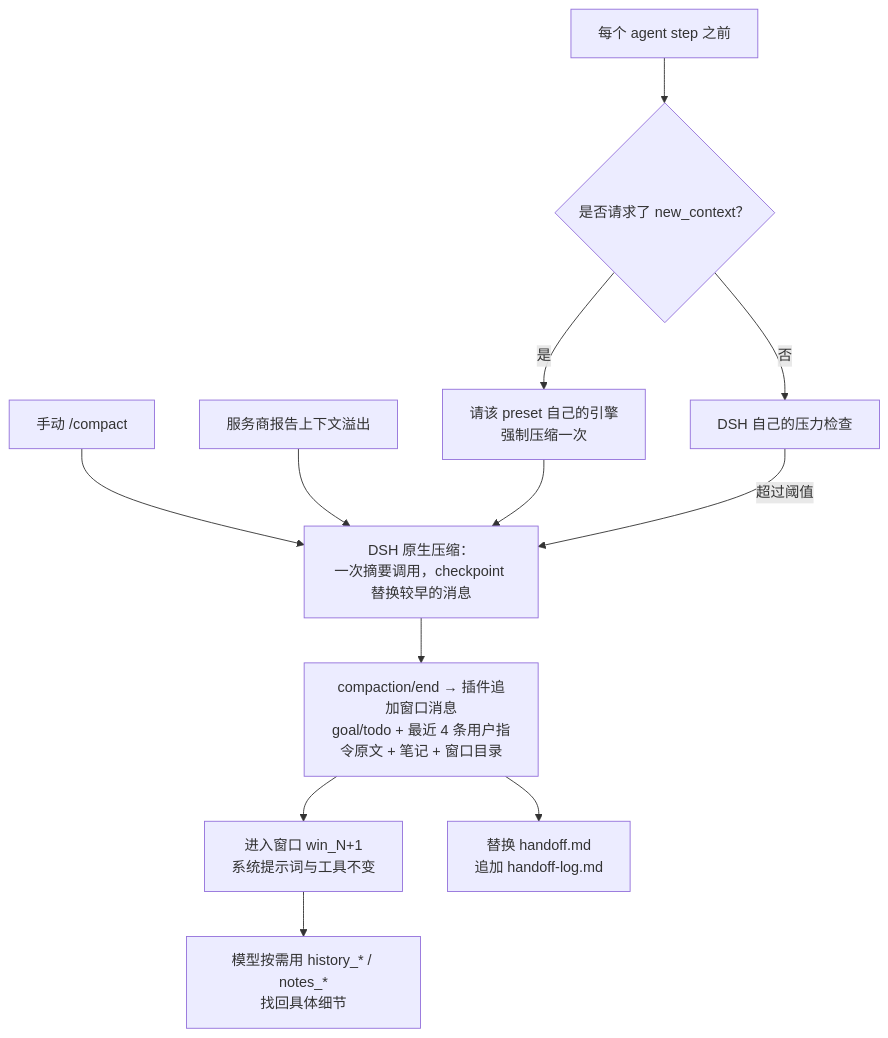
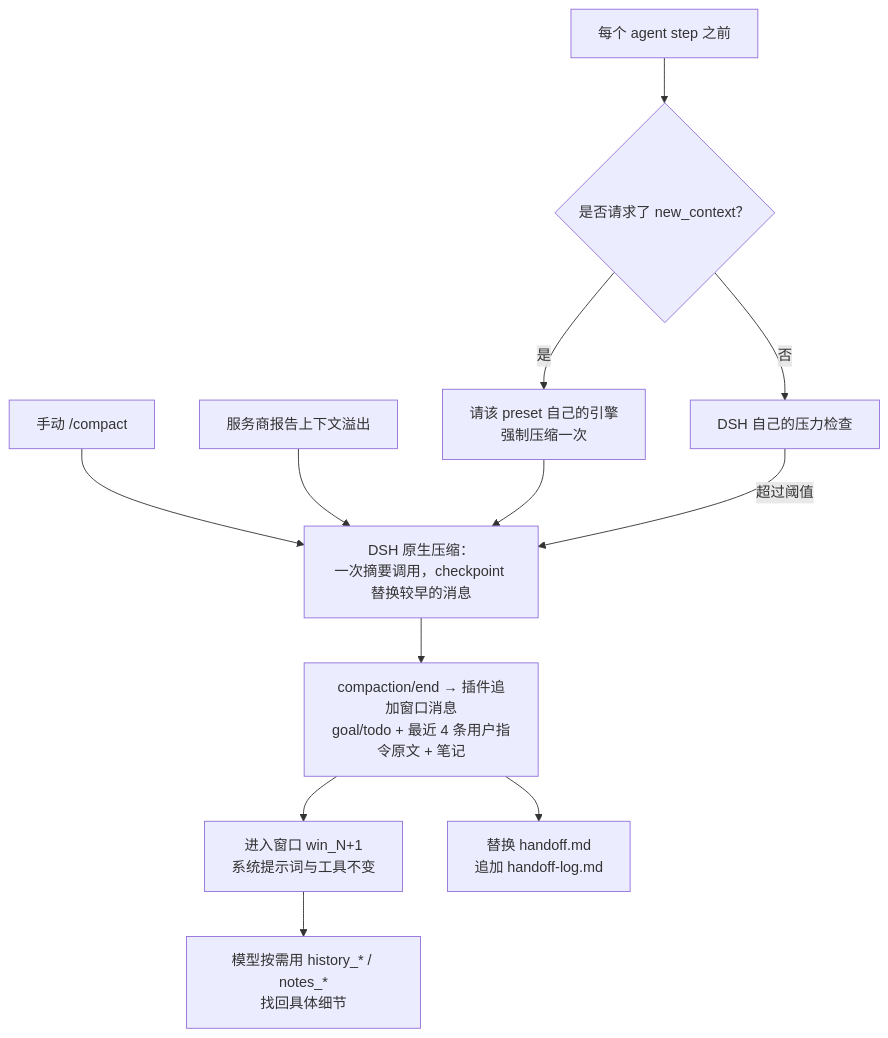
The diagram in README.zh-CN.md (overact/dsh-multi-window-context-management), drawn with Mermaid before and after one commit. The commit also changed other lines of this file and 16 other files, not shown here.

````diff
--- a/README.zh-CN.md
+++ b/README.zh-CN.md
@@ -19,14 +19,14 @@
 ```mermaid
 flowchart TD
   P["每个 agent step 之前"] --> Q{"是否请求了 new_context？"}
   Q -- 是 --> F["请该 preset 自己的引擎<br/>强制压缩一次"]
   Q -- 否 --> D["DSH 自己的压力检查"]
   M["手动 /compact"] --> N
   O["服务商报告上下文溢出"] --> N
   F --> N["DSH 原生压缩：<br/>一次摘要调用，checkpoint 替换较早的消息"]
   D -- 超过阈值 --> N
-  N --> W["compaction/end → 插件追加窗口消息<br/>goal/todo + 最近 4 条用户指令原文 + 笔记 + 窗口目录"]
+  N --> W["compaction/end → 插件追加窗口消息<br/>goal/todo + 最近 4 条用户指令原文 + 笔记"]
   W --> E["进入窗口 win_N+1<br/>系统提示词与工具不变"]
   W --> H["替换 handoff.md<br/>追加 handoff-log.md"]
   E --> R["模型按需用 history_* / notes_*<br/>找回具体细节"]
 ```
````
